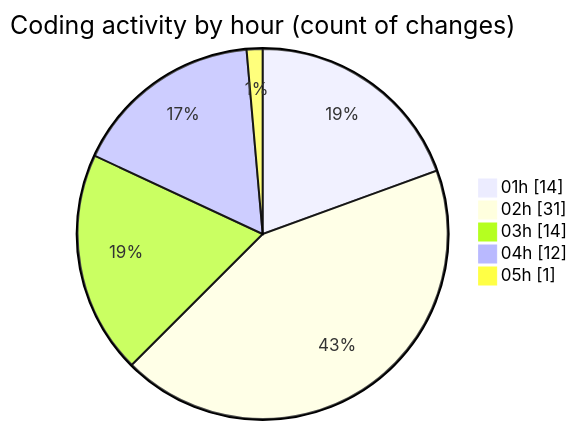
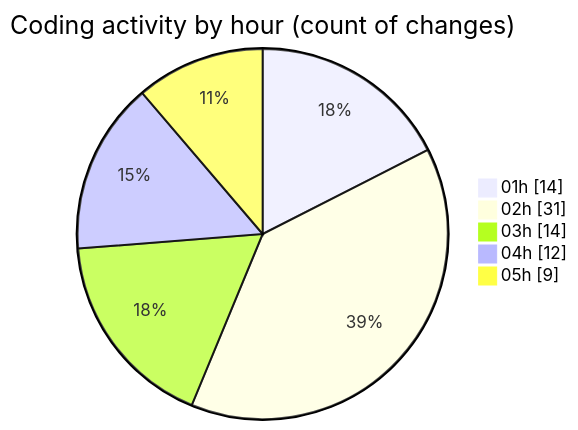
The second of 2 diagrams in 2025-07-13/telebot/README.md (jrari/code-tracking), drawn with Mermaid before and after one commit. The commit also changed other lines of this file and 1 other file, not shown here.

````diff
--- a/2025-07-13/telebot/README.md
+++ b/2025-07-13/telebot/README.md
@@ -59,9 +64,9 @@
 ```mermaid
 pie showData
 title Coding activity by hour (count of changes)
 "01h" : 14
 "02h" : 31
 "03h" : 14
 "04h" : 12
-"05h" : 1
+"05h" : 9
 ```
````
